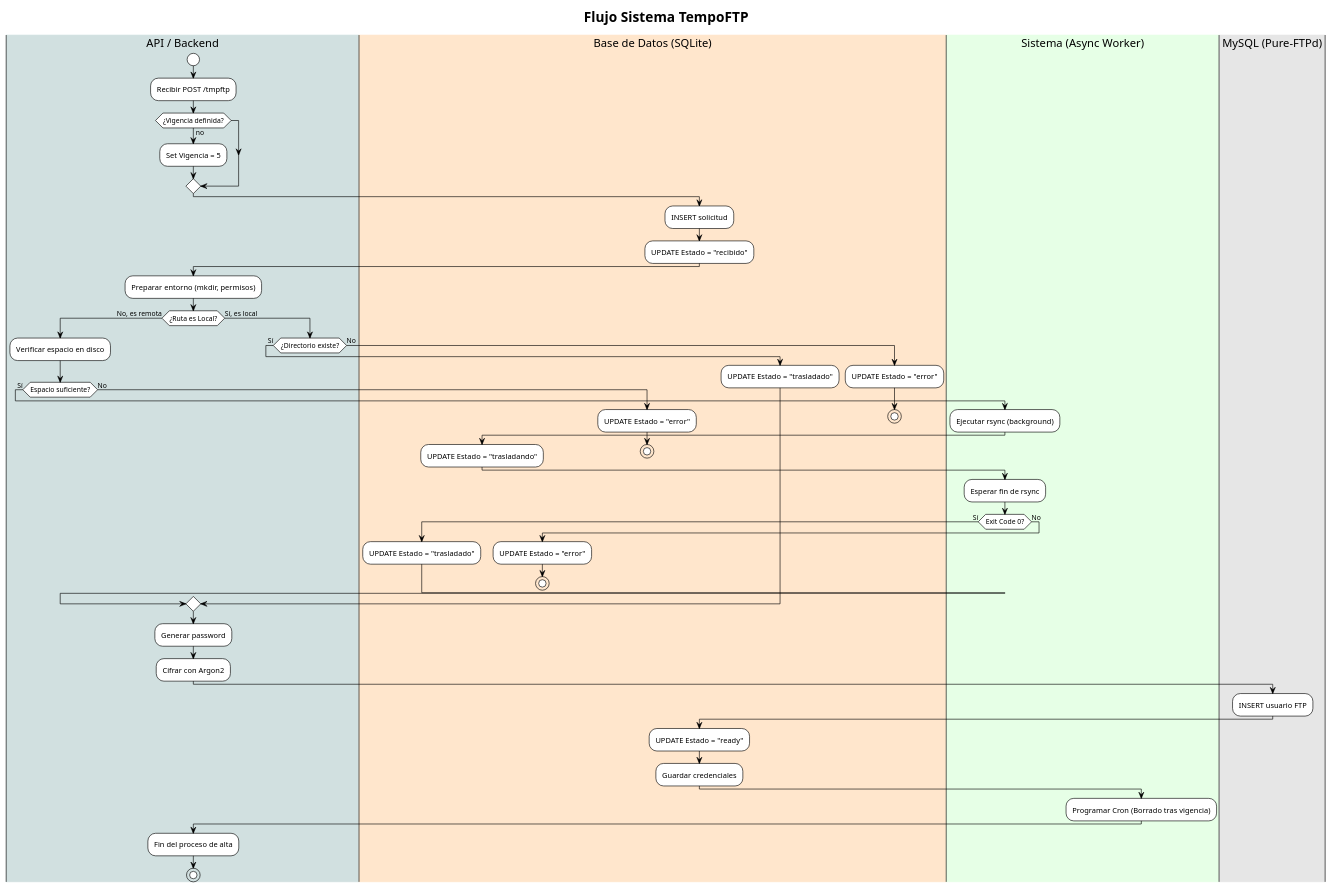
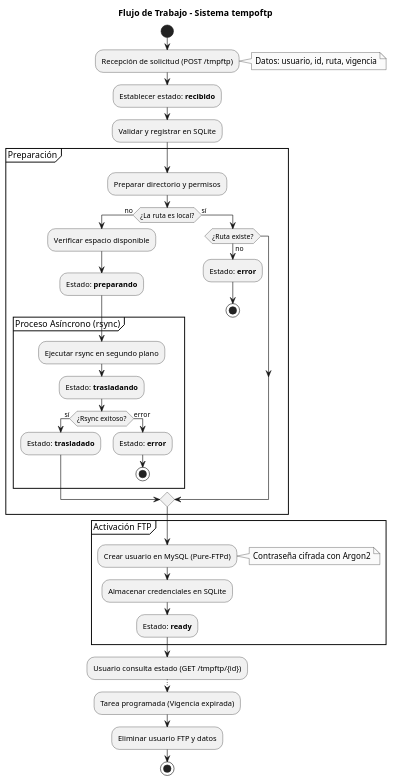
Before and after one commit to asierra/tempoftp: the diagram in flujo.puml, drawn with PlantUML. The commit also changed other lines of this file and 2 other files, not shown here.

```diff
--- a/flujo.puml
+++ b/flujo.puml
@@ -1,68 +1,55 @@
 @startuml
-!theme plain
-title Flujo Sistema TempoFTP
+skinparam Monochrome true
+skinparam shadowing false
 
-|#d1e0e0|API / Backend|
+title Flujo de Trabajo - Sistema tempoftp
+
 start
-:Recibir POST /tmpftp;
-if (¿Vigencia definida?) then (no)
-    :Set Vigencia = 5;
-endif
 
-|#ffe6cc|Base de Datos (SQLite)|
-:INSERT solicitud;
-:UPDATE Estado = "recibido";
+:Recepción de solicitud (POST /tmpftp);
+note right
+  Datos: usuario, id, ruta, vigencia
+end note
 
-|#d1e0e0|API / Backend|
-:Preparar entorno (mkdir, permisos);
+:Establecer estado: **recibido**;
+:Validar y registrar en SQLite;
 
-if (¿Ruta es Local?) then (No, es remota)
-    :Verificar espacio en disco;
-    if (Espacio suficiente?) then (Sí)
-        |#e6ffe6|Sistema (Async Worker)|
-        :Ejecutar rsync (background);
-        |#ffe6cc|Base de Datos (SQLite)|
-        :UPDATE Estado = "trasladando";
-        |#e6ffe6|Sistema (Async Worker)|
-        :Esperar fin de rsync;
-        if (Exit Code 0?) then (Sí)
-             |#ffe6cc|Base de Datos (SQLite)|
-             :UPDATE Estado = "trasladado";
-        else (No)
-             :UPDATE Estado = "error";
-             stop
+partition "Preparación" {
+    :Preparar directorio y permisos;
+    if (¿La ruta es local?) then (no)
+        :Verificar espacio disponible;
+        :Estado: **preparando**;
+        
+        partition "Proceso Asíncrono (rsync)" {
+            :Ejecutar rsync en segundo plano;
+            :Estado: **trasladando**;
+            if (¿Rsync exitoso?) then (sí)
+                :Estado: **trasladado**;
+            else (error)
+                :Estado: **error**;
+                stop
+            endif
+        }
+    else (sí)
+        if (¿Ruta existe?) then (no)
+            :Estado: **error**;
+            stop
         endif
-    else (No)
-        |#ffe6cc|Base de Datos (SQLite)|
-        :UPDATE Estado = "error";
-        stop
     endif
-else (Sí, es local)
-    |API / Backend|
-    if (¿Directorio existe?) then (Sí)
-         |#ffe6cc|Base de Datos (SQLite)|
-         :UPDATE Estado = "trasladado";
-    else (No)
-         :UPDATE Estado = "error";
-         stop
-    endif
-endif
+}
 
-|#d1e0e0|API / Backend|
-:Generar password;
-:Cifrar con Argon2;
+partition "Activación FTP" {
+    :Crear usuario en MySQL (Pure-FTPd);
+    note right: Contraseña cifrada con Argon2
+    :Almacenar credenciales en SQLite;
+    :Estado: **ready**;
+}
 
-|#e6e6e6|MySQL (Pure-FTPd)|
-:INSERT usuario FTP;
+:Usuario consulta estado (GET /tmpftp/{id});
 
-|#ffe6cc|Base de Datos (SQLite)|
-:UPDATE Estado = "ready";
-:Guardar credenciales;
+-[dotted]->
+:Tarea programada (Vigencia expirada);
+:Eliminar usuario FTP y datos;
 
-|#e6ffe6|Sistema (Async Worker)|
-:Programar Cron (Borrado tras vigencia);
-
-|API / Backend|
-:Fin del proceso de alta;
 stop
 @enduml
```
